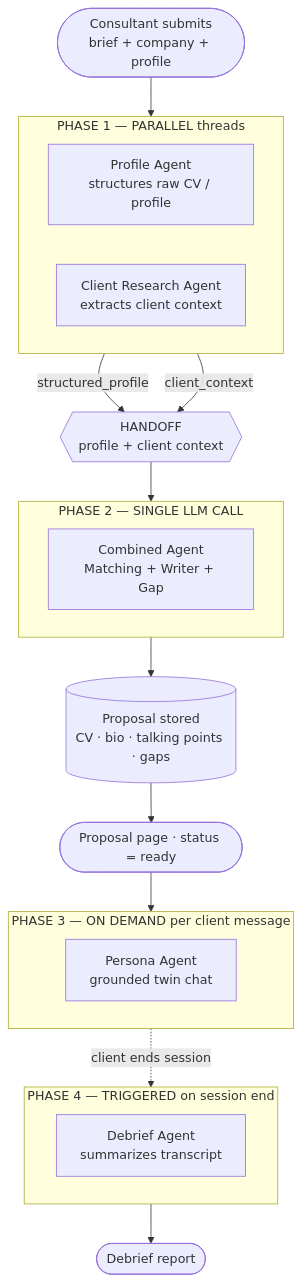
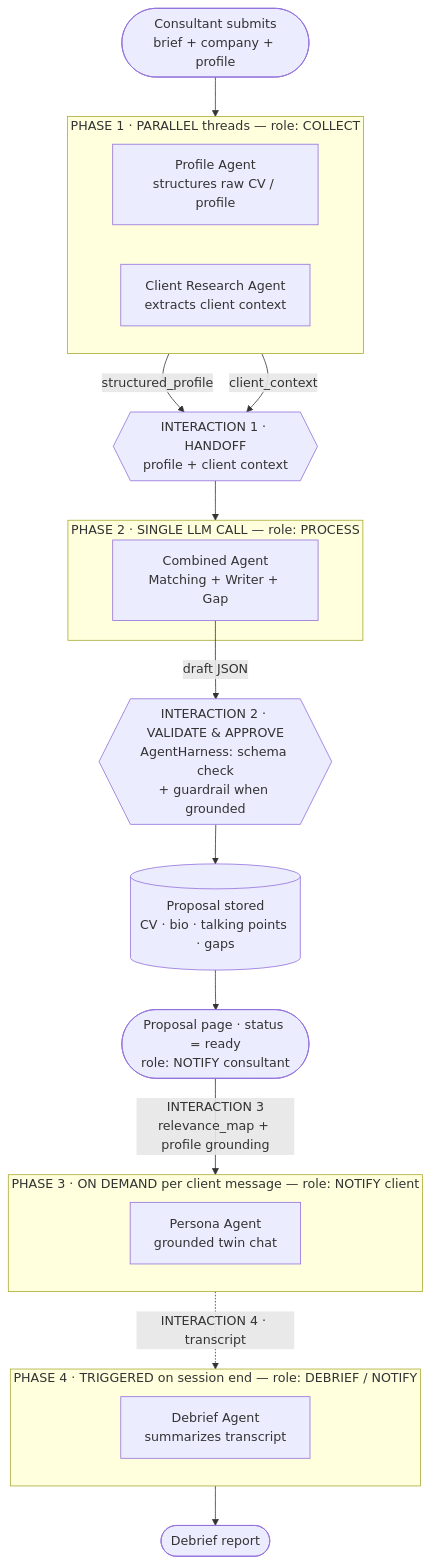
Before and after one commit to edendadon/PitchTwin-fuse: the first of 2 diagrams in docs/architecture-diagrams.md, drawn with Mermaid. The commit also changed other lines of this file and 3 other files, not shown here.

First line of the commit message:
docs: mark interaction points + agent roles, embed diagrams in README (#35)

````diff
--- a/docs/architecture-diagrams.md
+++ b/docs/architecture-diagrams.md
@@ -26,26 +54,27 @@
 ```mermaid
 flowchart TD
     U([Consultant submits<br/>brief + company + profile]) --> P1
-    subgraph P1["PHASE 1 — PARALLEL threads"]
+    subgraph P1["PHASE 1 · PARALLEL threads — role: COLLECT"]
         direction LR
         PA["Profile Agent<br/>structures raw CV / profile"]
         CRA["Client Research Agent<br/>extracts client context"]
     end
-    PA -- structured_profile --> H{{"HANDOFF<br/>profile + client context"}}
-    CRA -- client_context --> H
+    PA -- "structured_profile" --> H{{"INTERACTION 1 · HANDOFF<br/>profile + client context"}}
+    CRA -- "client_context" --> H
     H --> P2
-    subgraph P2["PHASE 2 — SINGLE LLM CALL"]
+    subgraph P2["PHASE 2 · SINGLE LLM CALL — role: PROCESS"]
         CA["Combined Agent<br/>Matching + Writer + Gap"]
     end
-    P2 --> PROP[("Proposal stored<br/>CV · bio · talking points · gaps")]
-    PROP --> READY([Proposal page · status = ready])
-    READY --> P3
-    subgraph P3["PHASE 3 — ON DEMAND per client message"]
+    CA -- "draft JSON" --> VAL{{"INTERACTION 2 · VALIDATE & APPROVE<br/>AgentHarness: schema check<br/>+ guardrail when grounded"}}
+    VAL --> PROP[("Proposal stored<br/>CV · bio · talking points · gaps")]
+    PROP --> READY([Proposal page · status = ready<br/>role: NOTIFY consultant])
+    READY -- "INTERACTION 3<br/>relevance_map + profile grounding" --> P3
+    subgraph P3["PHASE 3 · ON DEMAND per client message — role: NOTIFY client"]
         PERSONA["Persona Agent<br/>grounded twin chat"]
     end
-    P3 -.->|client ends session| P4
-    subgraph P4["PHASE 4 — TRIGGERED on session end"]
+    P3 -. "INTERACTION 4 · transcript" .-> P4
+    subgraph P4["PHASE 4 · TRIGGERED on session end — role: DEBRIEF / NOTIFY"]
         DEBRIEF["Debrief Agent<br/>summarizes transcript"]
     end
     P4 --> END([Debrief report])
 ```
````
